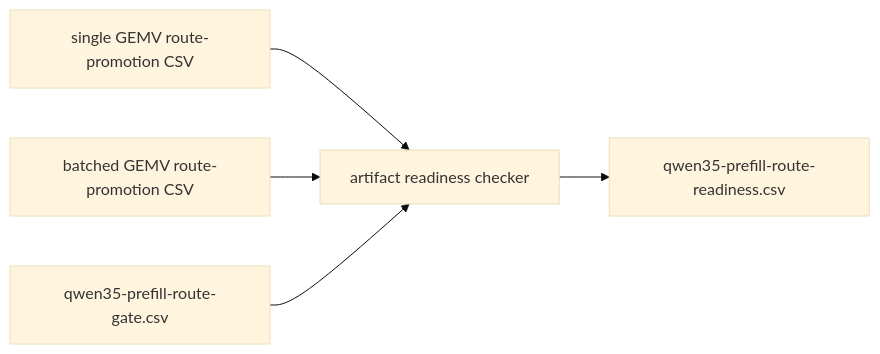
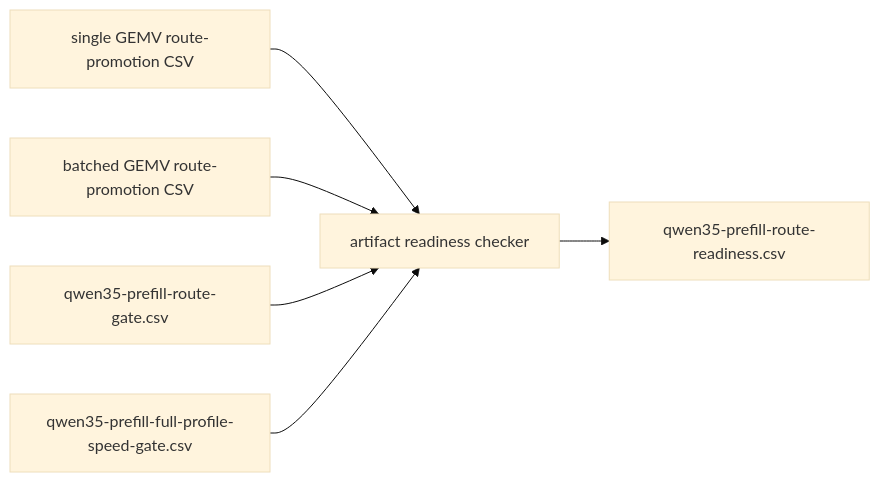
Diagram 32 of 32 in docs/development/hybrid-prefill-progress.md (1amageek/swift-lm), drawn with Mermaid (base theme) before and after one commit. The commit also changed other lines of this file and 1 other file, not shown here.

Commit message:
Add full-profile speed gate for recurrent routing

````diff
--- a/docs/development/hybrid-prefill-progress.md
+++ b/docs/development/hybrid-prefill-progress.md
@@ -2320,7 +2345,8 @@
 ```mermaid
 flowchart LR
   A["single GEMV route-promotion CSV"] --> C["artifact readiness checker"]
   B["batched GEMV route-promotion CSV"] --> C
   D["qwen35-prefill-route-gate.csv"] --> C
-  C --> E["qwen35-prefill-route-readiness.csv"]
+  E["qwen35-prefill-full-profile-speed-gate.csv"] --> C
+  C --> F["qwen35-prefill-route-readiness.csv"]
 ```
````
